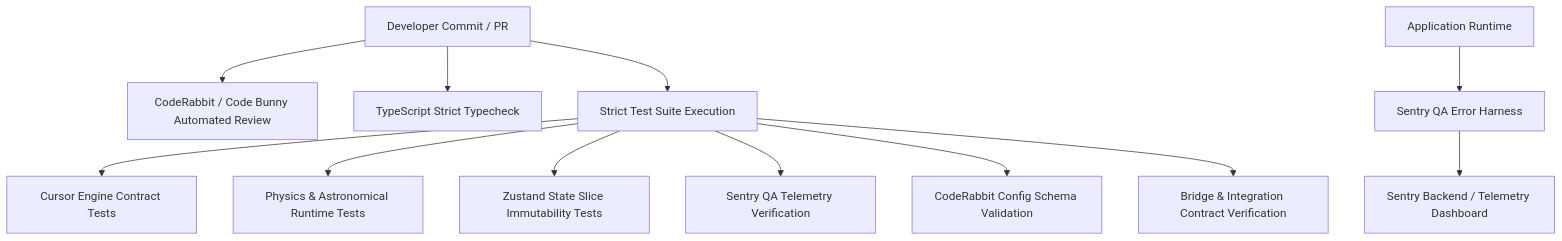
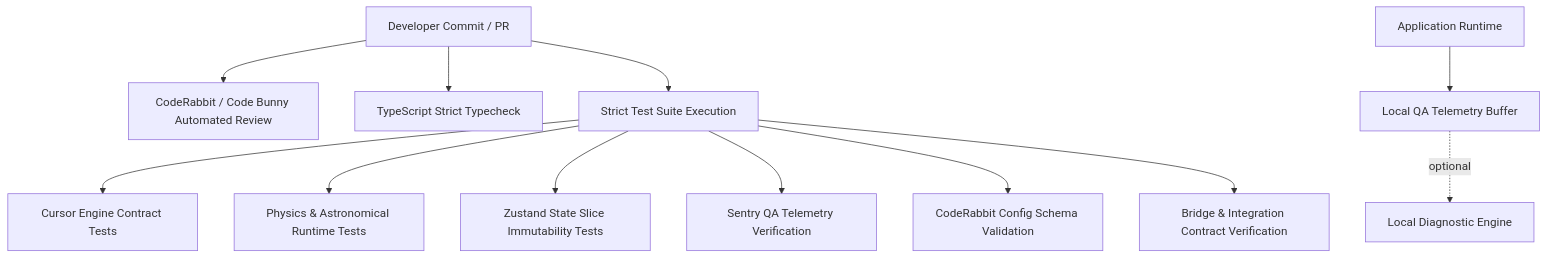
One commit to jckx15-13/HuTao-Software changed the diagram in docs/QA_ARCHITECTURE.md. Above: the diagram before and after it, drawn with Mermaid. The commit also changed other lines of this file and 147 other files, not shown here.

````diff
--- a/docs/QA_ARCHITECTURE.md
+++ b/docs/QA_ARCHITECTURE.md
@@ -9,16 +9,16 @@
 ```mermaid
 graph TD
     Sub[Developer Commit / PR] --> CR[CodeRabbit / Code Bunny Automated Review]
     Sub --> TC[TypeScript Strict Typecheck]
     Sub --> ST[Strict Test Suite Execution]
     
     ST --> CE[Cursor Engine Contract Tests]
     ST --> PR[Physics & Astronomical Runtime Tests]
     ST --> SS[Zustand State Slice Immutability Tests]
     ST --> SQ[Sentry QA Telemetry Verification]
     ST --> CC[CodeRabbit Config Schema Validation]
     ST --> IC[Bridge & Integration Contract Verification]
 
-    App[Application Runtime] --> SE[Sentry QA Error Harness]
-    SE --> SB[Sentry Backend / Telemetry Dashboard]
+    App[Application Runtime] --> SE[Local QA Telemetry Buffer]
+    SE -. optional .-> DIAG[Local Diagnostic Engine]
 ```
````
